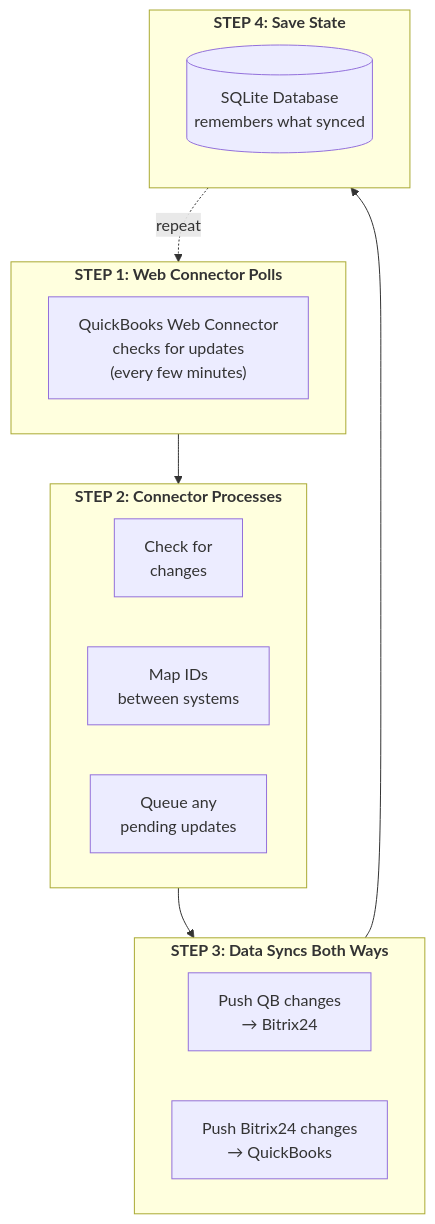
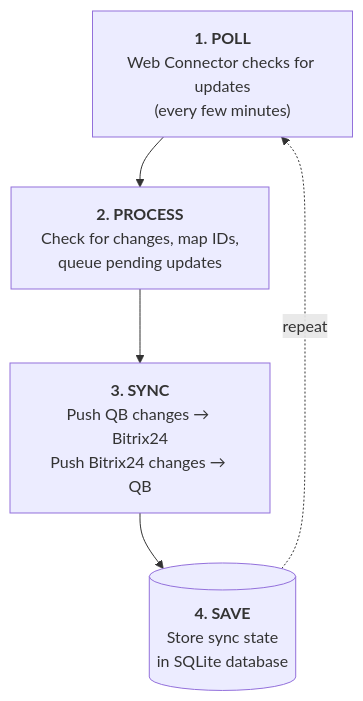
One commit to botpros-admin/qb-bitrix-connector changed the third of 4 diagrams in README.md. Above: the diagram before and after it, drawn with Mermaid. The commit also changed other lines of this file, not shown here.

First line of the commit message:
Simplify README diagrams: remove ASCII art, fix Mermaid overlap

````diff
--- a/README.md
+++ b/README.md
@@ -73,28 +73,10 @@
 ```mermaid
 flowchart TB
-    subgraph Step1["<b>STEP 1: Web Connector Polls</b>"]
-        WC["QuickBooks Web Connector<br/>checks for updates<br/>(every few minutes)"]
-    end
+    Step1["<b>1. POLL</b><br/>Web Connector checks for updates<br/>(every few minutes)"]
+    Step2["<b>2. PROCESS</b><br/>Check for changes, map IDs,<br/>queue pending updates"]
+    Step3["<b>3. SYNC</b><br/>Push QB changes → Bitrix24<br/>Push Bitrix24 changes → QB"]
+    Step4[("<b>4. SAVE</b><br/>Store sync state<br/>in SQLite database")]
 
-    subgraph Step2["<b>STEP 2: Connector Processes</b>"]
-        direction LR
-        Check["Check for<br/>changes"]
-        Map["Map IDs<br/>between systems"]
-        Queue["Queue any<br/>pending updates"]
-    end
-
-    subgraph Step3["<b>STEP 3: Data Syncs Both Ways</b>"]
-        direction LR
-        ToB["Push QB changes<br/>→ Bitrix24"]
-        ToQ["Push Bitrix24 changes<br/>→ QuickBooks"]
-    end
-
-    subgraph Step4["<b>STEP 4: Save State</b>"]
-        DB[("SQLite Database<br/>remembers what synced")]
-    end
-
-    Step1 --> Step2
-    Step2 --> Step3
-    Step3 --> Step4
+    Step1 --> Step2 --> Step3 --> Step4
     Step4 -.->|"repeat"| Step1
 ```
````
